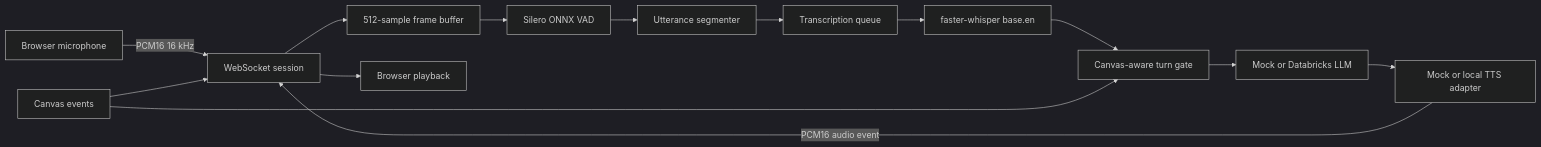
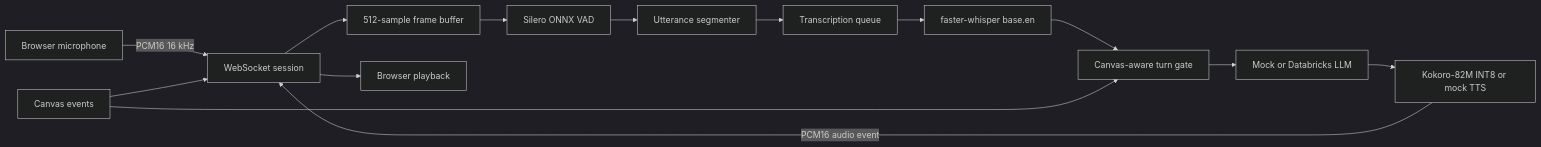
The diagram in docs/VOICE_PIPELINE.md (manupatel007/system-design-ai-interview), drawn with Mermaid (dark theme) before and after one commit. The commit also changed other lines of this file and 21 other files, not shown here.

Commit message:
feat: add local Kokoro speech synthesis

````diff
--- a/docs/VOICE_PIPELINE.md
+++ b/docs/VOICE_PIPELINE.md
@@ -22,16 +22,16 @@
 ```mermaid
 flowchart LR
     MIC[Browser microphone] -->|PCM16 16 kHz| WS[WebSocket session]
     CANVAS[Canvas events] --> WS
     WS --> FRAMES[512-sample frame buffer]
     FRAMES --> VAD[Silero ONNX VAD]
     VAD --> SEGMENT[Utterance segmenter]
     SEGMENT --> QUEUE[Transcription queue]
     QUEUE --> STT[faster-whisper base.en]
     STT --> GATE[Canvas-aware turn gate]
     CANVAS --> GATE
     GATE --> LLM[Mock or Databricks LLM]
-    LLM --> TTS[Mock or local TTS adapter]
+    LLM --> TTS[Kokoro-82M INT8 or mock TTS]
     TTS -->|PCM16 audio event| WS
     WS --> PLAYBACK[Browser playback]
 ```
````
